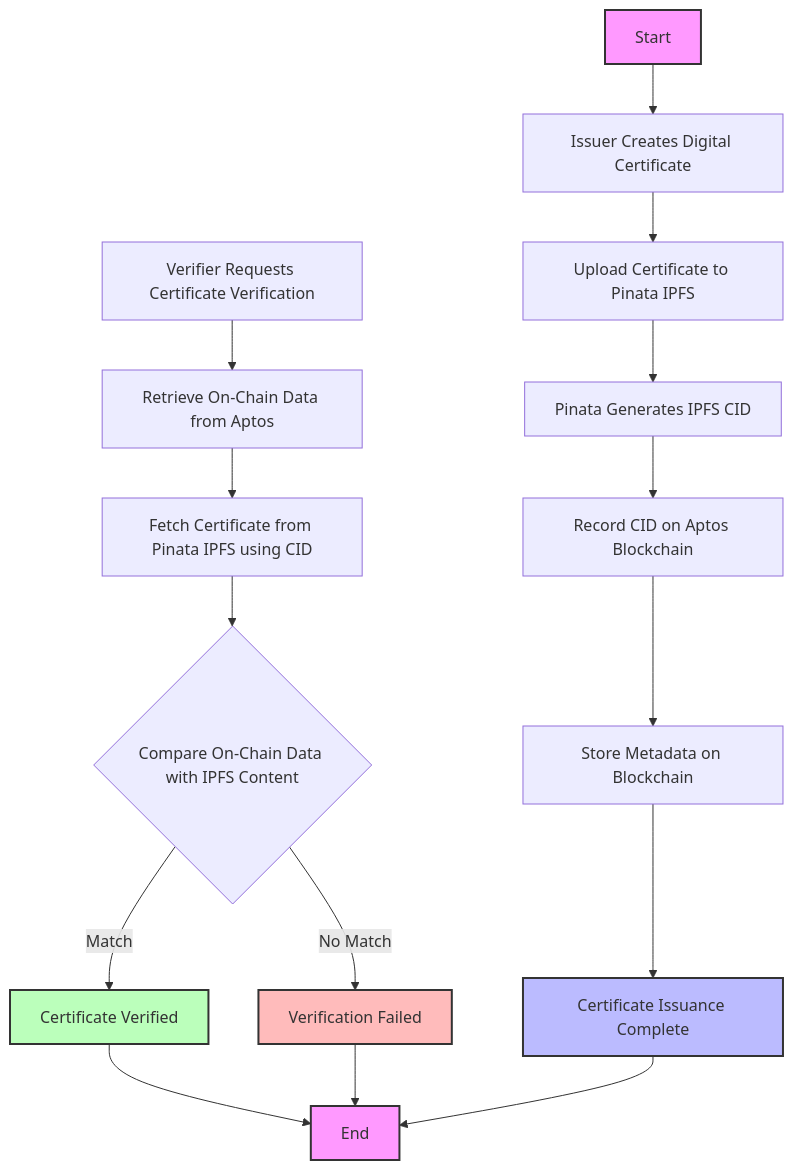
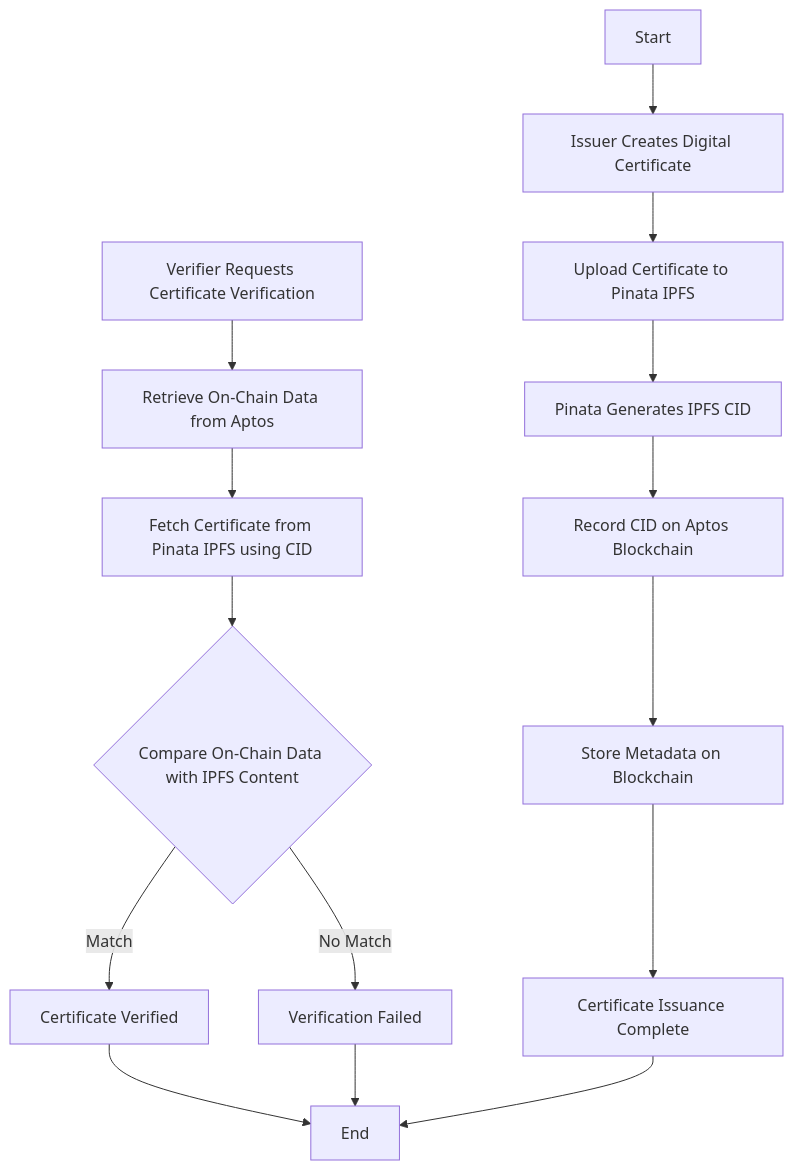
One commit to sprnjt/certifyz-test changed the diagram in README.md. Above: the diagram before and after it, drawn with Mermaid.

````diff
--- a/README.md
+++ b/README.md
@@ -16,26 +16,20 @@
 ```mermaid
 graph TD
     A[Start] --> B[Issuer Creates Digital Certificate]
     B --> C[Upload Certificate to Pinata IPFS]
     C --> D[Pinata Generates IPFS CID]
     D --> E[Record CID on Aptos Blockchain]
     E --> F[Store Metadata on Blockchain]
     F --> G[Certificate Issuance Complete]
 
     H[Verifier Requests Certificate Verification] --> I[Retrieve On-Chain Data from Aptos]
     I --> J[Fetch Certificate from Pinata IPFS using CID]
     J --> K{Compare On-Chain Data with IPFS Content}
     K -->|Match| L[Certificate Verified]
     K -->|No Match| M[Verification Failed]
     
     N[End]
     L --> N
     M --> N
     G --> N
-
-    style A fill:#f9f,stroke:#333,stroke-width:2px
-    style G fill:#bbf,stroke:#333,stroke-width:2px
-    style L fill:#bfb,stroke:#333,stroke-width:2px
-    style M fill:#fbb,stroke:#333,stroke-width:2px
-    style N fill:#f9f,stroke:#333,stroke-width:2px
 ```
````
